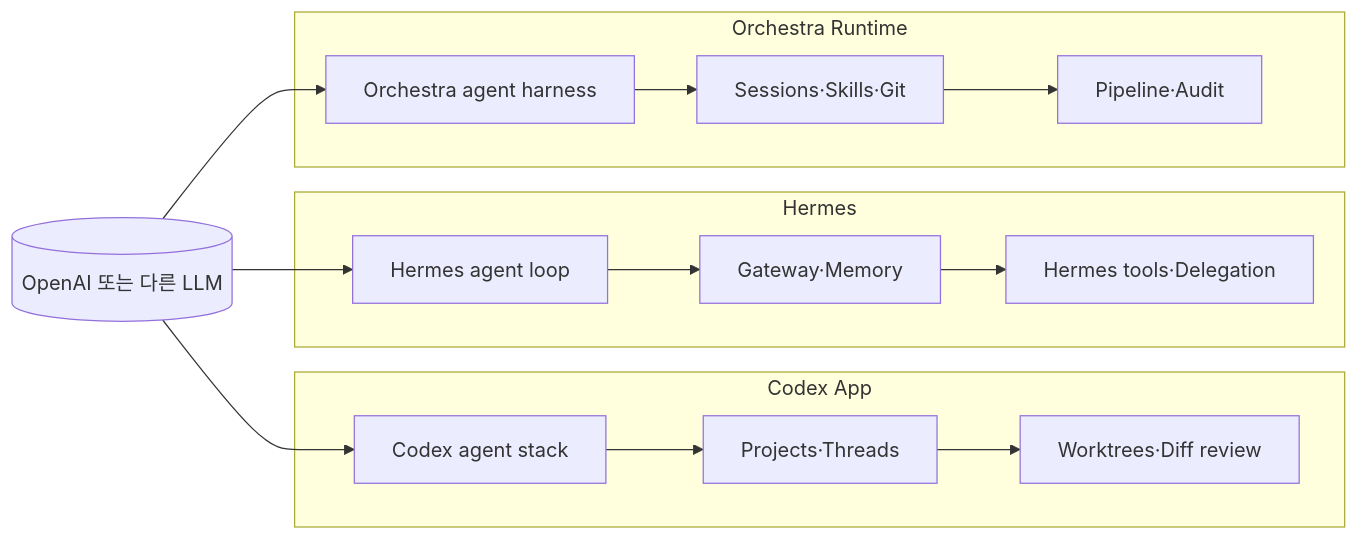
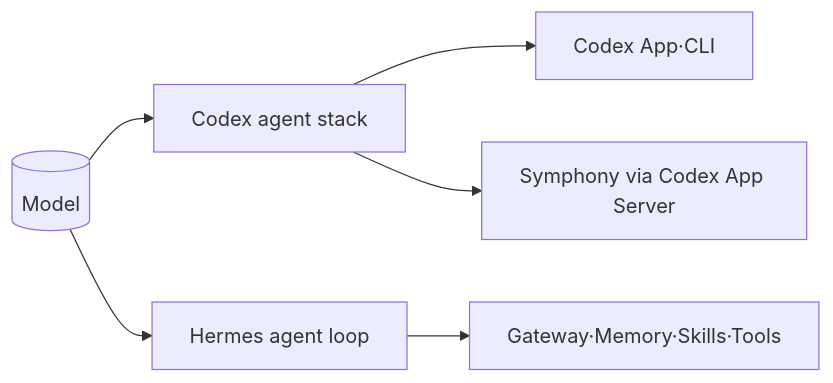
Before and after one commit to yjs000/wiki: the third of 11 diagrams in docs/ai-agent-systems/harness-engineering-codex-hermes-orchestra.md, drawn with Mermaid. The commit also changed other lines of this file and 6 other files, not shown here.

````diff
--- a/docs/ai-agent-systems/harness-engineering-codex-hermes-orchestra.md
+++ b/docs/ai-agent-systems/harness-engineering-codex-hermes-orchestra.md
@@ -220,18 +189,8 @@
 ```mermaid
 flowchart LR
-    subgraph A[Codex App]
-      A1[Codex agent stack] --> A2[Projects·Threads]
-      A2 --> A3[Worktrees·Diff review]
-    end
-    subgraph B[Hermes]
-      B1[Hermes agent loop] --> B2[Gateway·Memory]
-      B2 --> B3[Hermes tools·Delegation]
-    end
-    subgraph C[Orchestra Runtime]
-      C1[Orchestra agent harness] --> C2[Sessions·Skills·Git]
-      C2 --> C3[Pipeline·Audit]
-    end
-    MODEL[(OpenAI 또는 다른 LLM)] --> A1
-    MODEL --> B1
-    MODEL --> C1
+    MODEL[(Model)] --> C[Codex agent stack]
+    MODEL --> H[Hermes agent loop]
+    C --> A[Codex App·CLI]
+    C --> S[Symphony via Codex App Server]
+    H --> G[Gateway·Memory·Skills·Tools]
 ```
````
